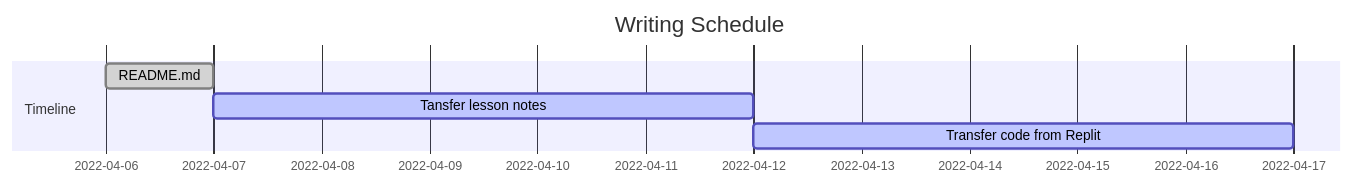
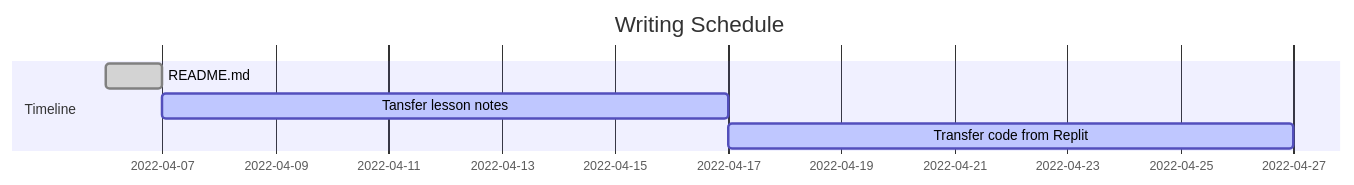
The diagram in README.md (ahmad-buhari/python-basics), drawn with Mermaid before and after one commit.

````diff
--- a/README.md
+++ b/README.md
@@ -9,10 +9,10 @@
 ```mermaid
       gantt
       dateFormat YYYY-MM-DD
       title Writing Schedule
       
       Section Timeline
       README.md             :done,      de1, 2022-04-06, 2022-04-07
-      Tansfer lesson notes          :active,    des2, 2022-04-07, 5d
-      Transfer code from Replit     : active, des3, 2022-04-12, 5d
+      Tansfer lesson notes          :active,    des2, 2022-04-07, 10d
+      Transfer code from Replit     : active, des3, 2022-04-17, 10d
 ```
````
